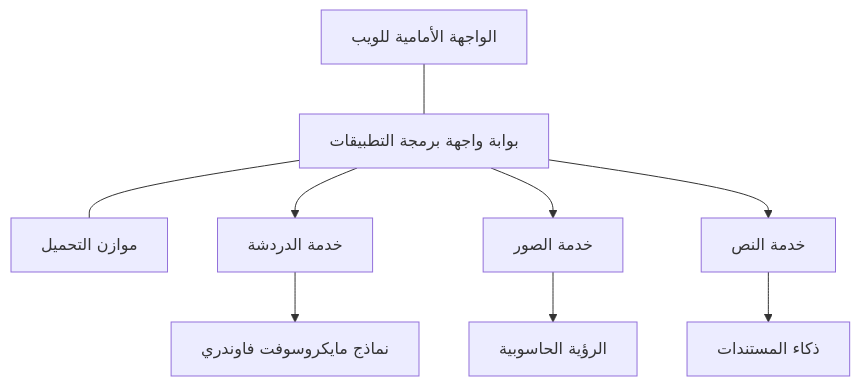
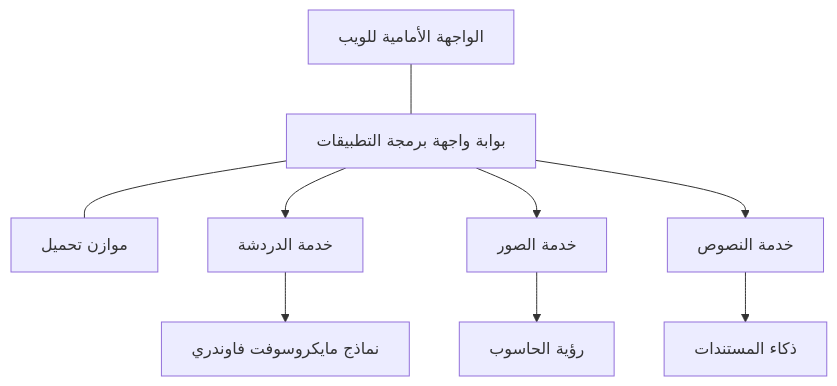
The diagram in translations/ar/docs/chapter-08-production/production-ai-practices.md (microsoft/AZD-for-beginners), drawn with Mermaid before and after one commit. The commit also changed other lines of this file and 101 other files, not shown here.

````diff
--- a/translations/ar/docs/chapter-08-production/production-ai-practices.md
+++ b/translations/ar/docs/chapter-08-production/production-ai-practices.md
@@ -30,10 +30,10 @@
 ```mermaid
 graph TD
-    Frontend[الواجهة الأمامية للويب] --- Gateway[بوابة واجهة برمجة التطبيقات] --- LB[موازن التحميل]
+    Frontend[الواجهة الأمامية للويب] --- Gateway[بوابة واجهة برمجة التطبيقات] --- LB[موازن تحميل]
     Gateway --> Chat[خدمة الدردشة]
     Gateway --> Image[خدمة الصور]
-    Gateway --> Text[خدمة النص]
+    Gateway --> Text[خدمة النصوص]
     Chat --> OpenAI[نماذج مايكروسوفت فاوندري]
-    Image --> Vision[الرؤية الحاسوبية]
+    Image --> Vision[رؤية الحاسوب]
     Text --> DocIntel[ذكاء المستندات]
 ```
````
